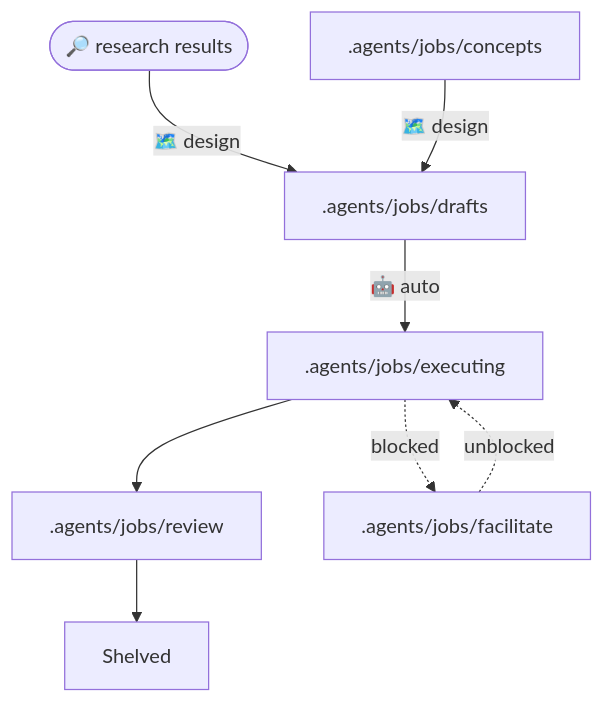
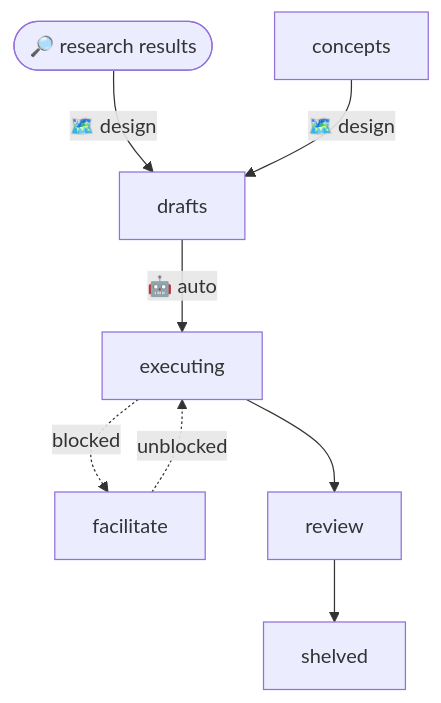
Before and after one commit to ahumandev/autocode: the first of 2 diagrams in docs/usage.md, drawn with Mermaid. The commit also changed other lines of this file and 2 other files, not shown here.

First line of the commit message:
chore(agents) - improve prompts and agent visibility

````diff
--- a/docs/usage.md
+++ b/docs/usage.md
@@ -18,10 +18,10 @@
 ```mermaid
 flowchart TD
-  Research([🔎 research results]) --🗺️ design--> Drafts[.agents/jobs/drafts]
-  Concepts[ .agents/jobs/concepts] --🗺️ design--> Drafts
-  Drafts --🤖 auto --> Executing[.agents/jobs/executing]
-  Executing --> Review[.agents/jobs/review]
-  Review --> Shelved
-  Executing -.blocked.-> Facilitate[.agents/jobs/facilitate]
-  Facilitate -.unblocked.-> Executing
+  Research([🔎 research results]) --🗺️ design--> drafts
+  concepts --🗺️ design--> drafts
+  drafts --🤖 auto --> executing
+  executing -.blocked.-> facilitate
+  facilitate -.unblocked.-> executing
+  executing --> review
+  review --> shelved
 ```
````
